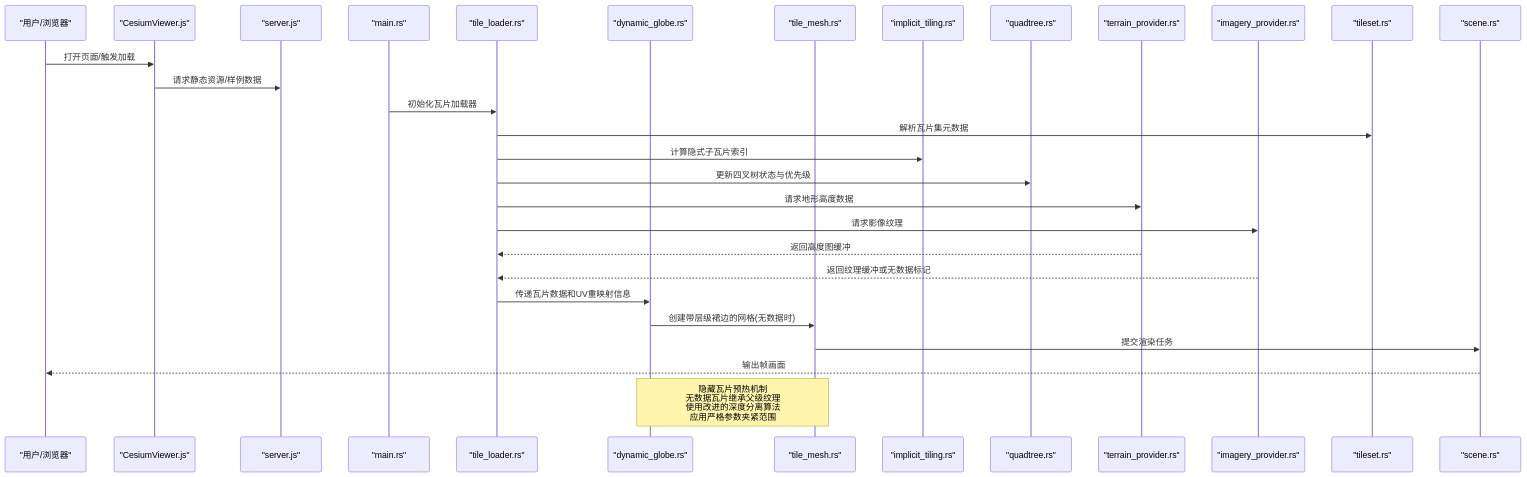
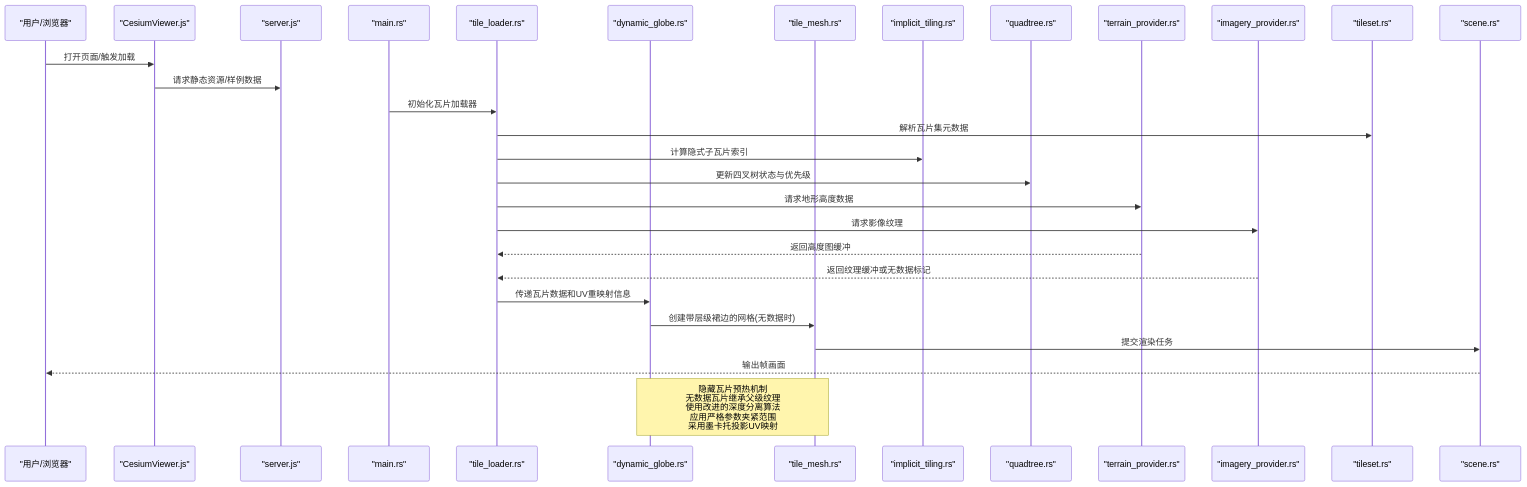
Before and after one commit to rzhangjing/cesium: the second of 9 diagrams in .qoder/repowiki/zh/content/项目概述/核心特性/3D数据格式支持/3D Tiles标准支持/瓦片网格生成.md, drawn with Mermaid. The commit also changed other lines of this file and 5 other files, not shown here.

````diff
--- a/.qoder/repowiki/zh/content/项目概述/核心特性/3D数据格式支持/3D Tiles标准支持/瓦片网格生成.md
+++ b/.qoder/repowiki/zh/content/项目概述/核心特性/3D数据格式支持/3D Tiles标准支持/瓦片网格生成.md
@@ -131,31 +132,31 @@
 ```mermaid
 sequenceDiagram
 participant U as "用户/浏览器"
 participant V as "CesiumViewer.js"
 participant S as "server.js"
 participant M as "main.rs"
 participant TL as "tile_loader.rs"
 participant DG as "dynamic_globe.rs"
 participant TM as "tile_mesh.rs"
 participant IT as "implicit_tiling.rs"
 participant QT as "quadtree.rs"
 participant TP as "terrain_provider.rs"
 participant IP as "imagery_provider.rs"
 participant TS as "tileset.rs"
 participant SC as "scene.rs"
 U->>V : 打开页面/触发加载
 V->>S : 请求静态资源/样例数据
 M->>TL : 初始化瓦片加载器
 TL->>TS : 解析瓦片集元数据
 TL->>IT : 计算隐式子瓦片索引
 TL->>QT : 更新四叉树状态与优先级
 TL->>TP : 请求地形高度数据
 TL->>IP : 请求影像纹理
 TP-->>TL : 返回高度图缓冲
 IP-->>TL : 返回纹理缓冲或无数据标记
 TL->>DG : 传递瓦片数据和UV重映射信息
 DG->>TM : 创建带层级裙边的网格(无数据时)
 TM->>SC : 提交渲染任务
 SC-->>U : 输出帧画面
-Note over DG,TM : 隐藏瓦片预热机制<br/>无数据瓦片继承父级纹理<br/>使用改进的深度分离算法<br/>应用严格参数夹紧范围
+Note over DG,TM : 隐藏瓦片预热机制<br/>无数据瓦片继承父级纹理<br/>使用改进的深度分离算法<br/>应用严格参数夹紧范围<br/>采用墨卡托投影UV映射
 ```
````
